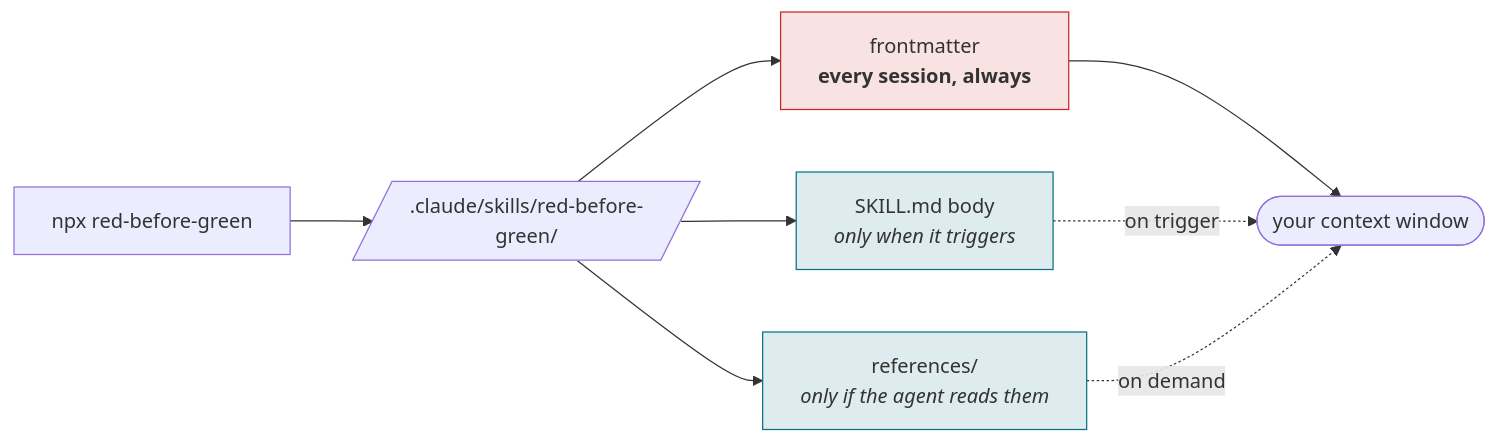
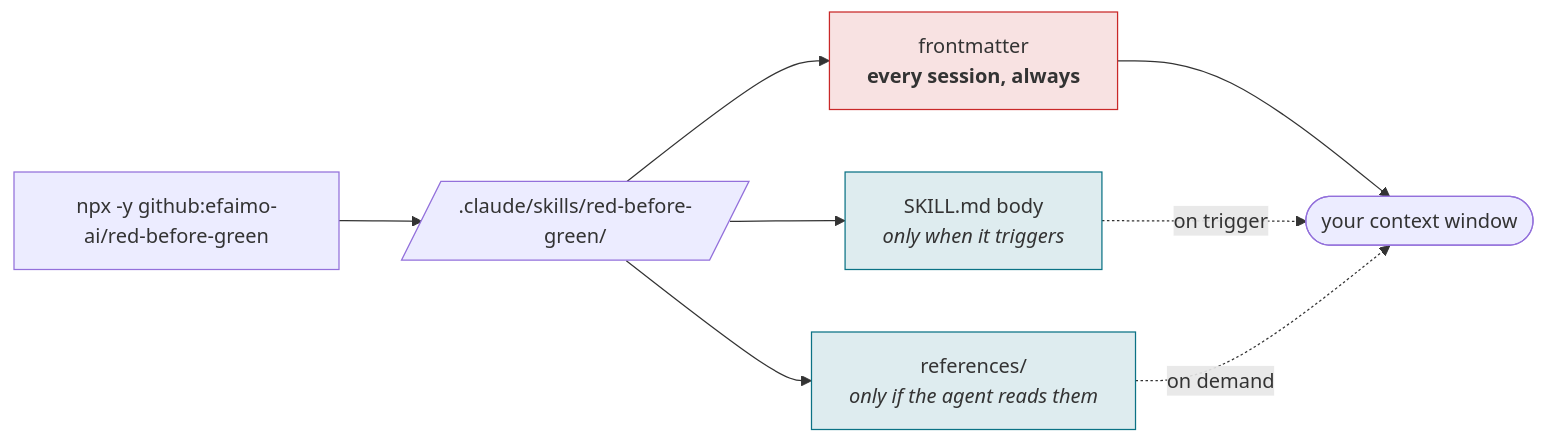
The second of 3 diagrams in README.md (efaimo-ai/red-before-green), drawn with Mermaid before and after one commit. The commit also changed other lines of this file and 1 other file, not shown here.

````diff
--- a/README.md
+++ b/README.md
@@ -130,14 +140,14 @@
 ```mermaid
 flowchart LR
-    N["npx red-before-green"] --> D[/".claude/skills/red-before-green/"/]
+    N["npx -y github:efaimo-ai/red-before-green"] --> D[/".claude/skills/red-before-green/"/]
     D --> M["frontmatter<br/><b>every session, always</b>"]
     D --> B["SKILL.md body<br/><i>only when it triggers</i>"]
     D --> R["references/<br/><i>only if the agent reads them</i>"]
     M --> S(["your context window"])
     B -.->|"on trigger"| S
     R -.->|"on demand"| S
     classDef always fill:#c9282822,stroke:#c92828,stroke-width:1px;
     classDef lazy fill:#0b728522,stroke:#0b7285,stroke-width:1px;
     class M always;
     class B,R lazy;
 ```
````
